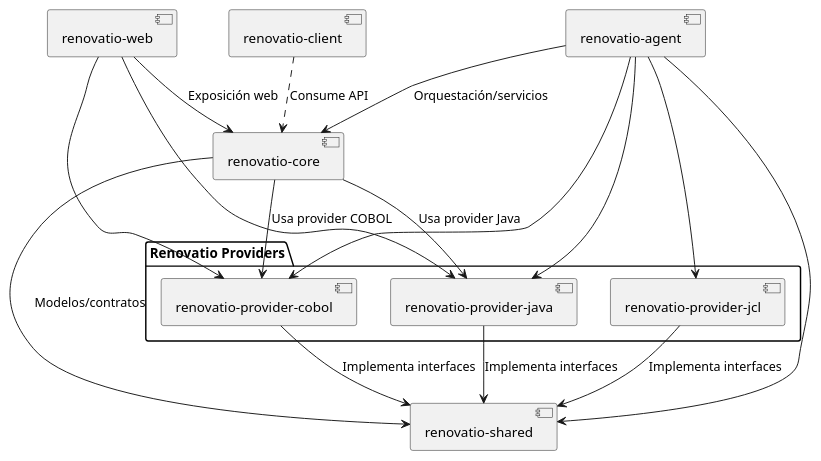
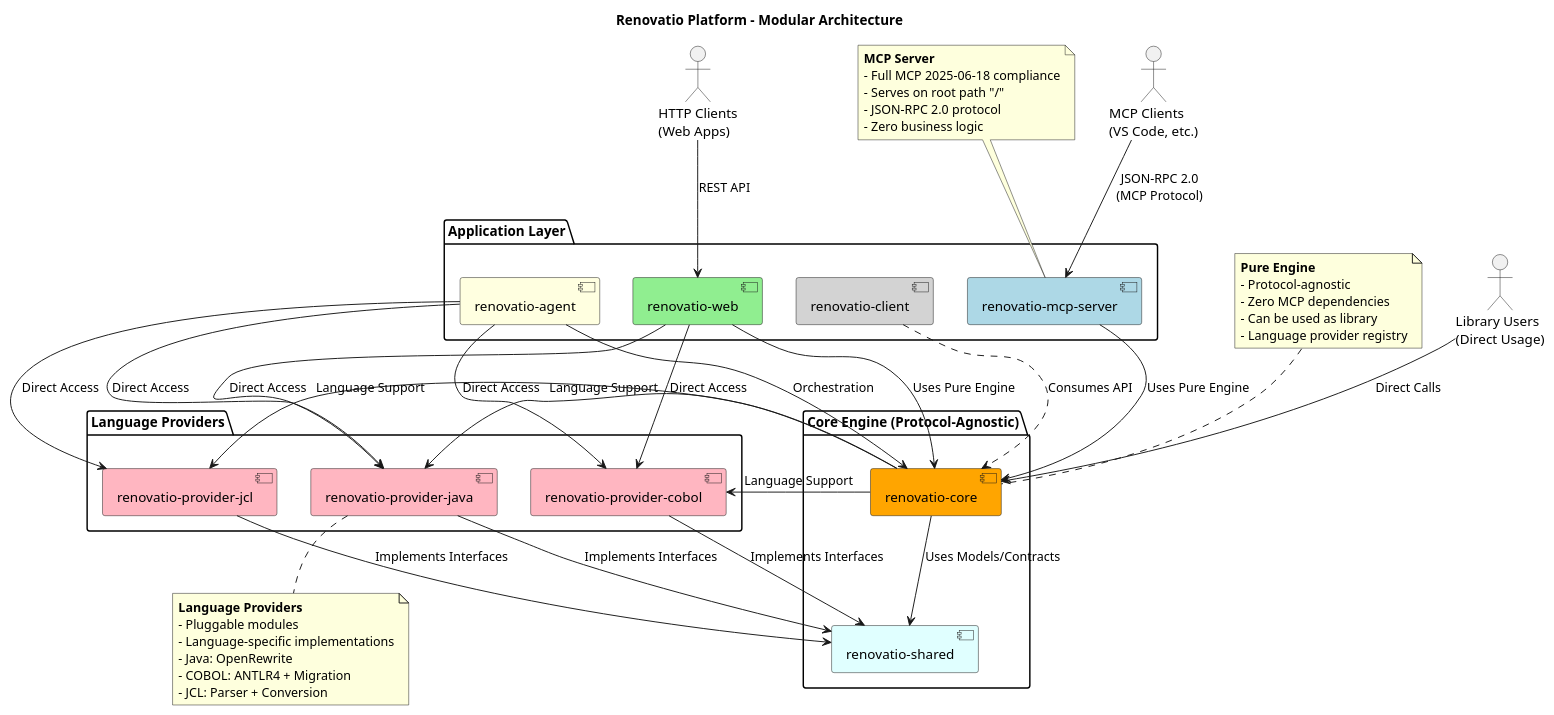
Before and after one commit to accentureshark/renovatio: the diagram in component.puml, drawn with PlantUML. The commit also changed 11 other files, not shown here.

Commit message:
Update PlantUML documents with new MCP server architecture

```diff
--- a/component.puml
+++ b/component.puml
@@ -1,38 +1,86 @@
 @startuml
-' Diagrama de componentes Renovatio
+' Renovatio Architecture - MCP Server and Core Engine Separation
 
-package "Renovatio Providers" {
-  [renovatio-provider-cobol]
-  [renovatio-provider-java]
-  [renovatio-provider-jcl]
+title Renovatio Platform - Modular Architecture
+
+' External clients
+actor "MCP Clients\n(VS Code, etc.)" as mcp_clients
+actor "HTTP Clients\n(Web Apps)" as http_clients
+actor "Library Users\n(Direct Usage)" as lib_users
+
+' Main application modules
+package "Application Layer" {
+  [renovatio-mcp-server] as mcp_server #LightBlue
+  [renovatio-web] as web #LightGreen
+  [renovatio-agent] as agent #LightYellow
+  [renovatio-client] as client #LightGray
 }
 
-[renovatio-shared]
-[renovatio-core]
-[renovatio-agent]
-[renovatio-client]
-[renovatio-web]
+' Core engine (protocol-agnostic)
+package "Core Engine (Protocol-Agnostic)" {
+  [renovatio-core] as core #Orange
+  [renovatio-shared] as shared #LightCyan
+}
 
-' Dependencias principales
+' Language providers (pluggable modules)
+package "Language Providers" {
+  [renovatio-provider-java] as java_provider #LightPink
+  [renovatio-provider-cobol] as cobol_provider #LightPink
+  [renovatio-provider-jcl] as jcl_provider #LightPink
+}
 
-[renovatio-provider-cobol] --> [renovatio-shared] : Implementa interfaces
-[renovatio-provider-java] --> [renovatio-shared] : Implementa interfaces
-[renovatio-provider-jcl] --> [renovatio-shared] : Implementa interfaces
+' Client connections
+mcp_clients --> mcp_server : JSON-RPC 2.0\n(MCP Protocol)
+http_clients --> web : REST API
+lib_users --> core : Direct Calls
 
-[renovatio-core] --> [renovatio-shared] : Modelos/contratos
-[renovatio-core] --> [renovatio-provider-cobol] : Usa provider COBOL
-[renovatio-core] --> [renovatio-provider-java] : Usa provider Java
+' Application layer dependencies
+mcp_server --> core : Uses Pure Engine
+web --> core : Uses Pure Engine
+agent --> core : Orchestration
+client ..> core : Consumes API
 
-[renovatio-agent] --> [renovatio-core] : Orquestación/servicios
-[renovatio-agent] --> [renovatio-provider-cobol]
-[renovatio-agent] --> [renovatio-provider-java]
-[renovatio-agent] --> [renovatio-provider-jcl]
-[renovatio-agent] --> [renovatio-shared]
+' Core engine structure
+core --> shared : Uses Models/Contracts
+core --> java_provider : Language Support
+core --> cobol_provider : Language Support
+core --> jcl_provider : Language Support
 
-[renovatio-web] --> [renovatio-core] : Exposición web
-[renovatio-web] --> [renovatio-provider-cobol]
-[renovatio-web] --> [renovatio-provider-java]
+' Provider dependencies
+java_provider --> shared : Implements Interfaces
+cobol_provider --> shared : Implements Interfaces
+jcl_provider --> shared : Implements Interfaces
 
-[renovatio-client] ..> [renovatio-core] : Consume API
+' Cross-module usage
+agent --> java_provider : Direct Access
+agent --> cobol_provider : Direct Access
+agent --> jcl_provider : Direct Access
+web --> java_provider : Direct Access
+web --> cobol_provider : Direct Access
+
+note top of mcp_server
+  **MCP Server**
+  - Full MCP 2025-06-18 compliance
+  - Serves on root path "/"
+  - JSON-RPC 2.0 protocol
+  - Zero business logic
+end note
+
+note top of core
+  **Pure Engine**
+  - Protocol-agnostic
+  - Zero MCP dependencies
+  - Can be used as library
+  - Language provider registry
+end note
+
+note bottom of java_provider
+  **Language Providers**
+  - Pluggable modules
+  - Language-specific implementations
+  - Java: OpenRewrite
+  - COBOL: ANTLR4 + Migration
+  - JCL: Parser + Conversion
+end note
 
 @enduml
```
